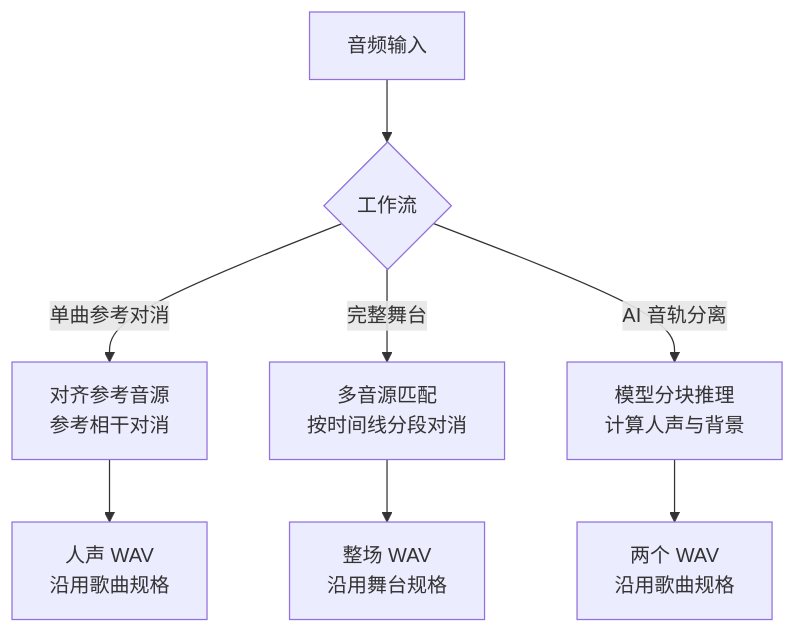
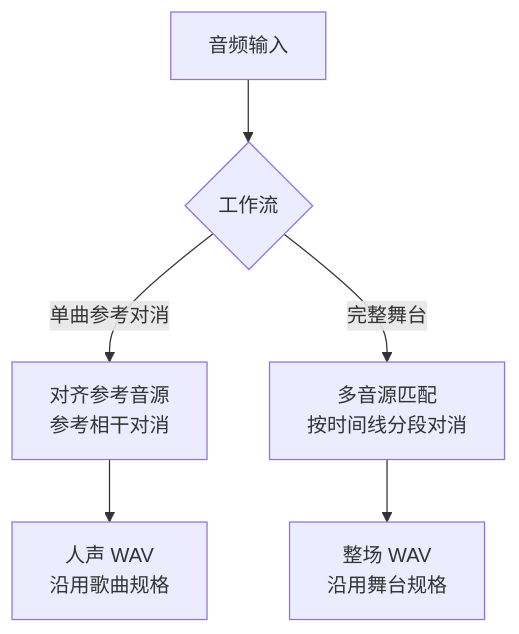
Before and after one commit to ChouChiu/Purivox: the third of 4 diagrams in docs/architecture.md, drawn with Mermaid. The commit also changed other lines of this file and 46 other files, not shown here.

````diff
--- a/docs/architecture.md
+++ b/docs/architecture.md
@@ -113,10 +112,8 @@
 ```mermaid
 flowchart TB
     input["音频输入"] --> choice{"工作流"}
     choice -->|单曲参考对消| mr["对齐参考音源<br/>参考相干对消"]
     choice -->|完整舞台| stage["多音源匹配<br/>按时间线分段对消"]
-    choice -->|AI 音轨分离| ai["模型分块推理<br/>计算人声与背景"]
     mr --> mrout["人声 WAV<br/>沿用歌曲规格"]
     stage --> stageout["整场 WAV<br/>沿用舞台规格"]
-    ai --> aiout["两个 WAV<br/>沿用歌曲规格"]
 ```
````
